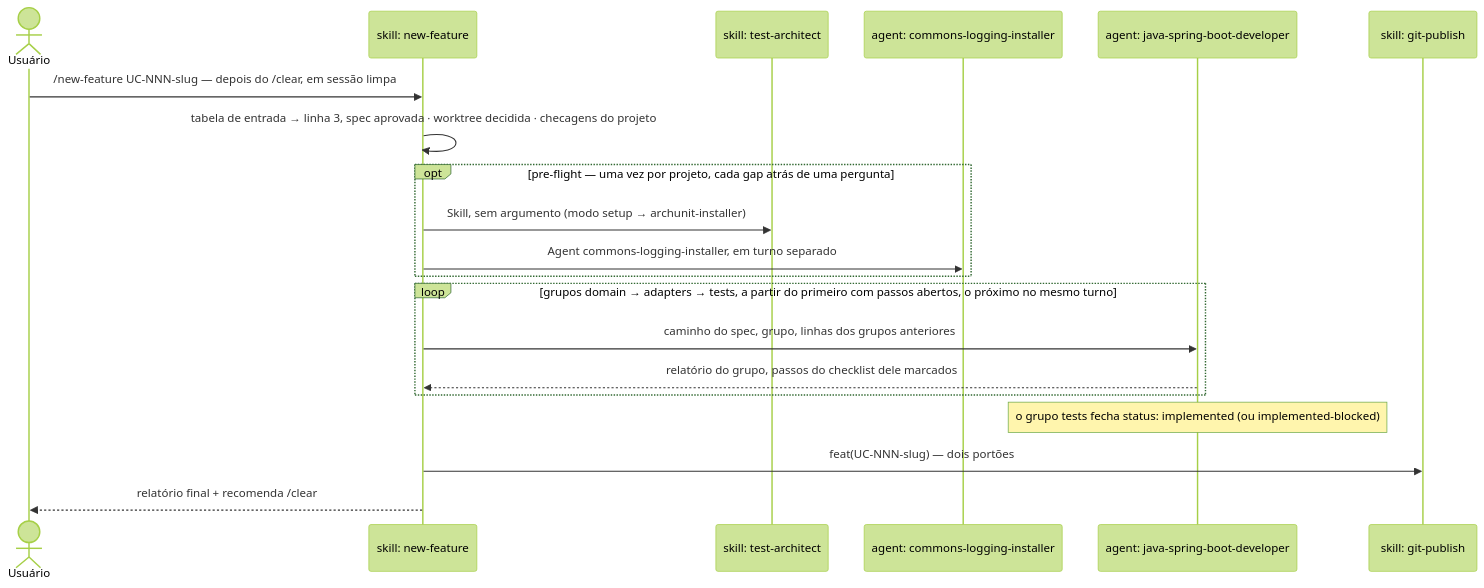
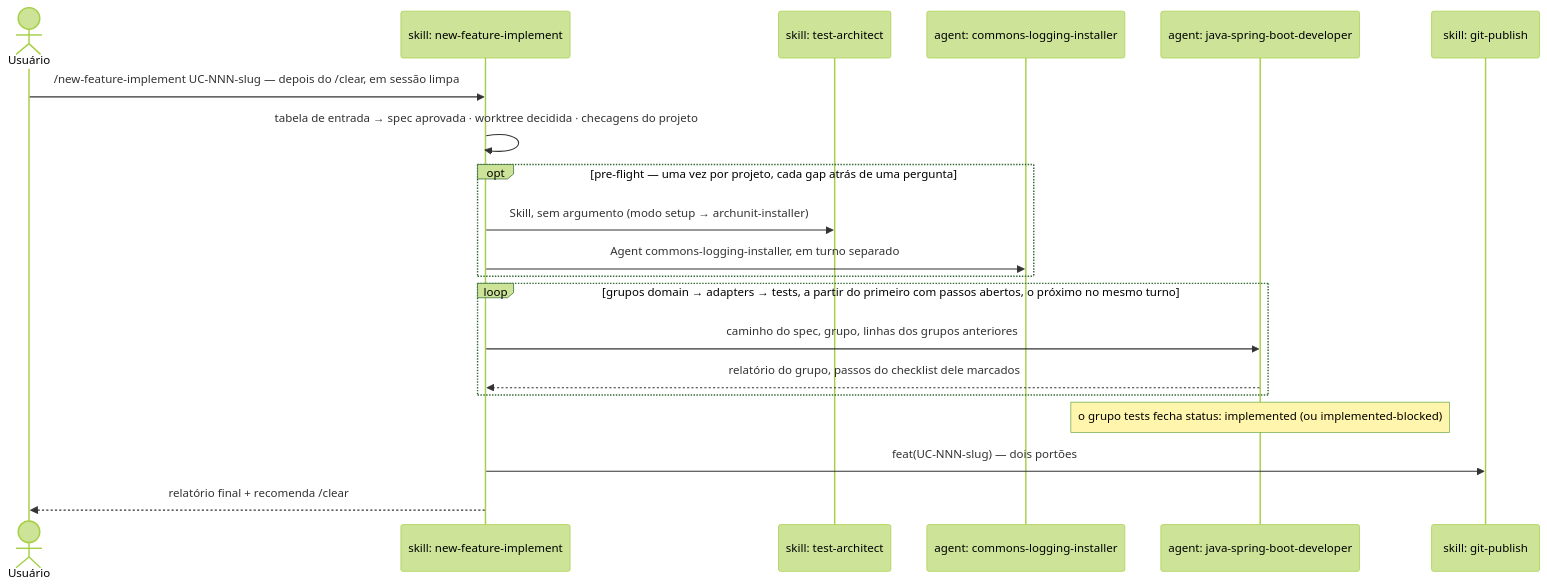
The second of 2 diagrams in docs/pt-br/03-new-feature.md (ice-lfernandes/claude-spring-architect), drawn with Mermaid (forest theme) before and after one commit. The commit also changed other lines of this file and 48 other files, not shown here.

First line of the commit message:
feat: split the implement flow out of /new-feature into /new-feature-implement (#115)

````diff
--- a/docs/pt-br/03-new-feature.md
+++ b/docs/pt-br/03-new-feature.md
@@ -147,23 +150,23 @@
 ```mermaid
 sequenceDiagram
     actor U as Usuário
-    participant NF as skill: new-feature
+    participant NFI as skill: new-feature-implement
     participant TST as skill: test-architect
     participant LOG as agent: commons-logging-installer
     participant DEV as agent: java-spring-boot-developer
     participant GIT as skill: git-publish
 
-    U->>NF: /new-feature UC-NNN-slug — depois do /clear, em sessão limpa
-    NF->>NF: tabela de entrada → linha 3, spec aprovada · worktree decidida · checagens do projeto
+    U->>NFI: /new-feature-implement UC-NNN-slug — depois do /clear, em sessão limpa
+    NFI->>NFI: tabela de entrada → spec aprovada · worktree decidida · checagens do projeto
     opt pre-flight — uma vez por projeto, cada gap atrás de uma pergunta
-        NF->>TST: Skill, sem argumento (modo setup → archunit-installer)
-        NF->>LOG: Agent commons-logging-installer, em turno separado
+        NFI->>TST: Skill, sem argumento (modo setup → archunit-installer)
+        NFI->>LOG: Agent commons-logging-installer, em turno separado
     end
     loop grupos domain → adapters → tests, a partir do primeiro com passos abertos, o próximo no mesmo turno
-        NF->>DEV: caminho do spec, grupo, linhas dos grupos anteriores
-        DEV-->>NF: relatório do grupo, passos do checklist dele marcados
+        NFI->>DEV: caminho do spec, grupo, linhas dos grupos anteriores
+        DEV-->>NFI: relatório do grupo, passos do checklist dele marcados
     end
     Note over DEV: o grupo tests fecha status: implemented (ou implemented-blocked)
-    NF->>GIT: feat(UC-NNN-slug) — dois portões
-    NF-->>U: relatório final + recomenda /clear
+    NFI->>GIT: feat(UC-NNN-slug) — dois portões
+    NFI-->>U: relatório final + recomenda /clear
 ```
````
